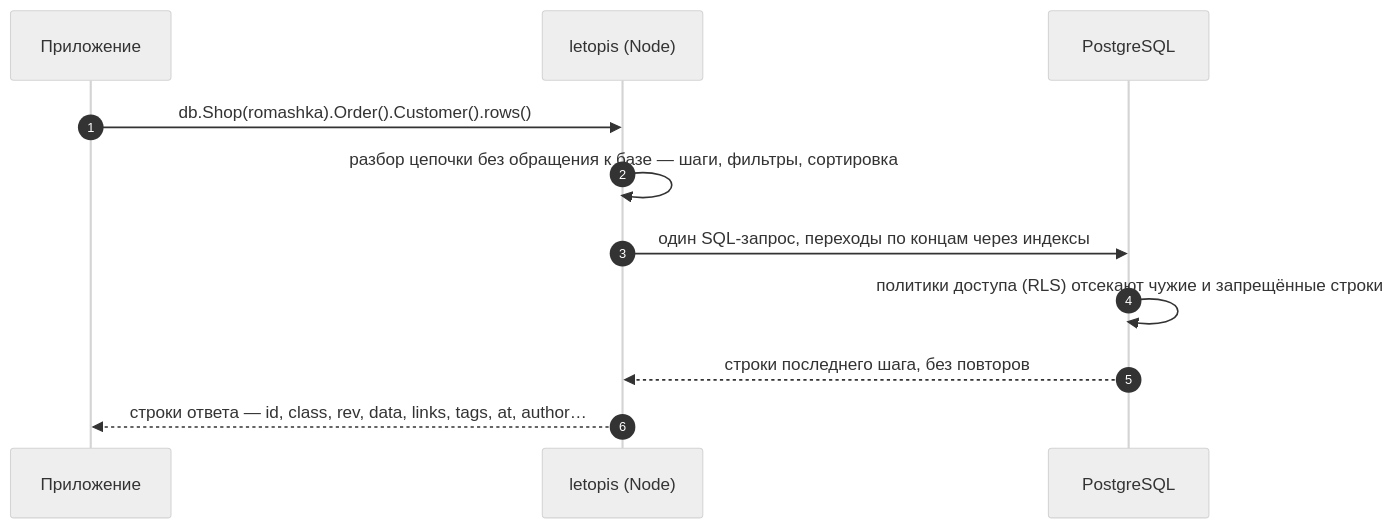
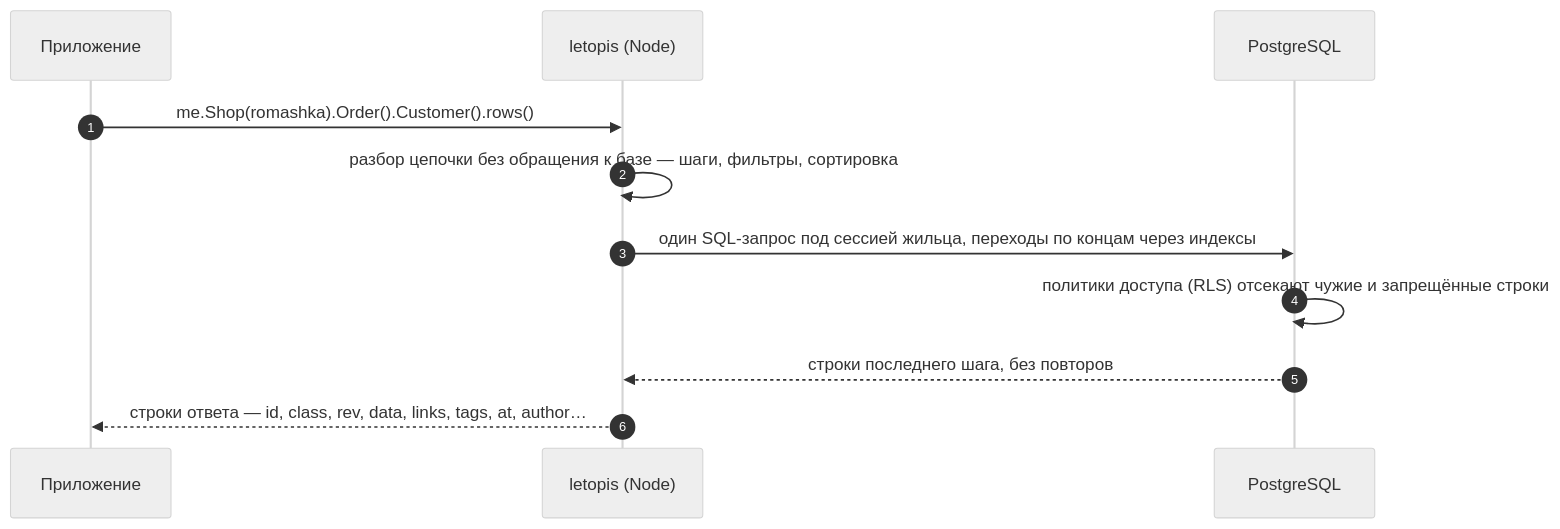
The diagram in guide/pages/read/index.md (alepri51/letopis), drawn with Mermaid (neutral theme) before and after one commit. The commit also changed other lines of this file and 86 other files, not shown here.

````diff
--- a/guide/pages/read/index.md
+++ b/guide/pages/read/index.md
@@ -24,13 +26,13 @@
 ```mermaid
 sequenceDiagram
   autonumber
   participant App as Приложение
   participant Lib as letopis (Node)
   participant DB as PostgreSQL
-  App->>Lib: db.Shop(romashka).Order().Customer().rows()
+  App->>Lib: me.Shop(romashka).Order().Customer().rows()
   Lib->>Lib: разбор цепочки без обращения к базе — шаги, фильтры, сортировка
-  Lib->>DB: один SQL-запрос, переходы по концам через индексы
+  Lib->>DB: один SQL-запрос под сессией жильца, переходы по концам через индексы
   DB->>DB: политики доступа (RLS) отсекают чужие и запрещённые строки
   DB-->>Lib: строки последнего шага, без повторов
   Lib-->>App: строки ответа — id, class, rev, data, links, tags, at, author…
 ```
````
